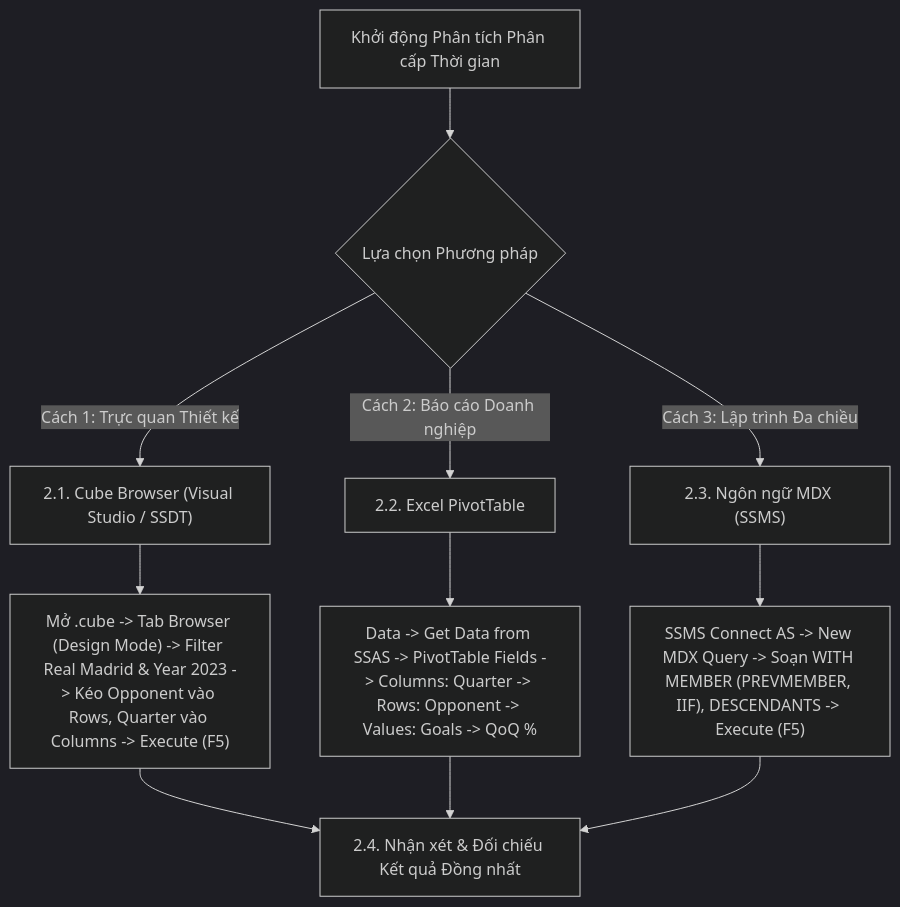
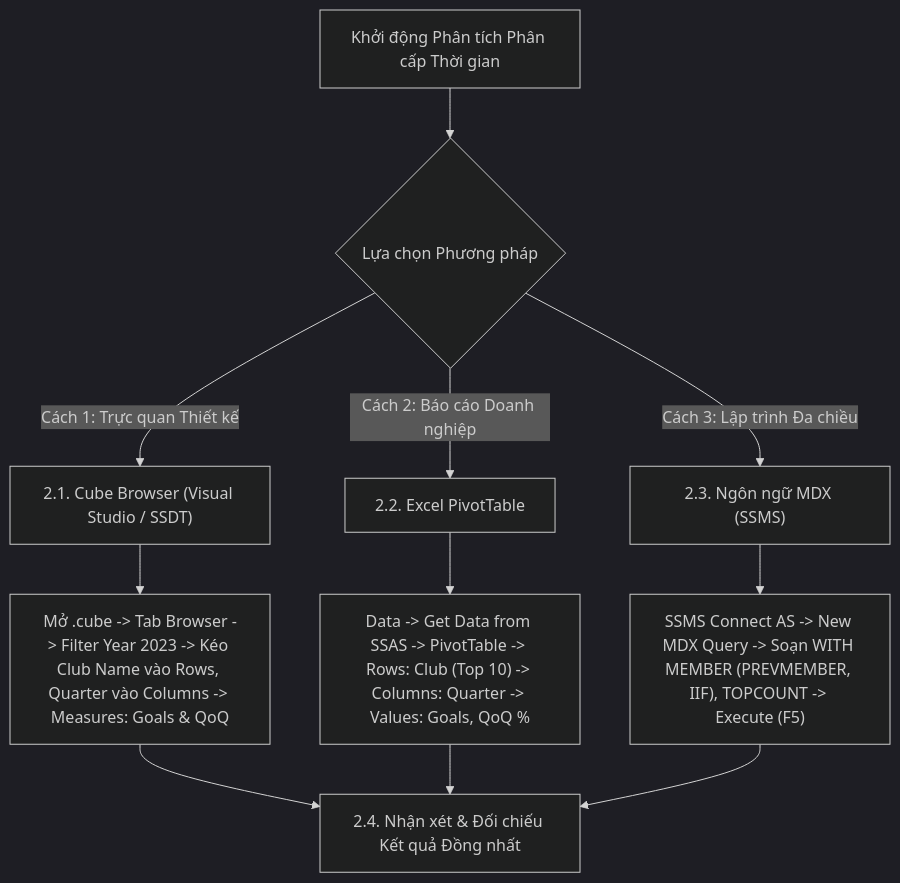
The diagram in mdx/query_10.md (snowflake-vibing/Kho_du_lieu_OLAP), drawn with Mermaid (dark theme) before and after one commit. The commit also changed other lines of this file and 1 other file, not shown here.

Commit message:
docs(mdx): cap nhat query 10 sang Top 10 CLB Chau Au theo 4 quy va loai bo hoan toan cot null Q1 QoQ

````diff
--- a/mdx/query_10.md
+++ b/mdx/query_10.md
@@ -52,16 +74,16 @@
 ```mermaid
 flowchart TD
     Start["Khởi động Phân tích Phân cấp Thời gian"] --> Choice{"Lựa chọn Phương pháp"}
 
     Choice -->|"Cách 1: Trực quan Thiết kế"| CB["2.1. Cube Browser (Visual Studio / SSDT)"]
     Choice -->|"Cách 2: Báo cáo Doanh nghiệp"| Excel["2.2. Excel PivotTable"]
     Choice -->|"Cách 3: Lập trình Đa chiều"| MDX["2.3. Ngôn ngữ MDX (SSMS)"]
 
-    CB --> CB_Step["Mở .cube -> Tab Browser (Design Mode) -> Filter Real Madrid & Year 2023 -> Kéo Opponent vào Rows, Quarter vào Columns -> Execute (F5)"]
-    Excel --> Excel_Step["Data -> Get Data from SSAS -> PivotTable Fields -> Columns: Quarter -> Rows: Opponent -> Values: Goals -> QoQ %"]
-    MDX --> MDX_Step["SSMS Connect AS -> New MDX Query -> Soạn WITH MEMBER (PREVMEMBER, IIF), DESCENDANTS -> Execute (F5)"]
+    CB --> CB_Step["Mở .cube -> Tab Browser -> Filter Year 2023 -> Kéo Club Name vào Rows, Quarter vào Columns -> Measures: Goals & QoQ"]
+    Excel --> Excel_Step["Data -> Get Data from SSAS -> PivotTable -> Rows: Club (Top 10) -> Columns: Quarter -> Values: Goals, QoQ %"]
+    MDX --> MDX_Step["SSMS Connect AS -> New MDX Query -> Soạn WITH MEMBER (PREVMEMBER, IIF), TOPCOUNT -> Execute (F5)"]
 
     CB_Step --> Finish["2.4. Nhận xét & Đối chiếu Kết quả Đồng nhất"]
     Excel_Step --> Finish
     MDX_Step --> Finish
 ```
````
